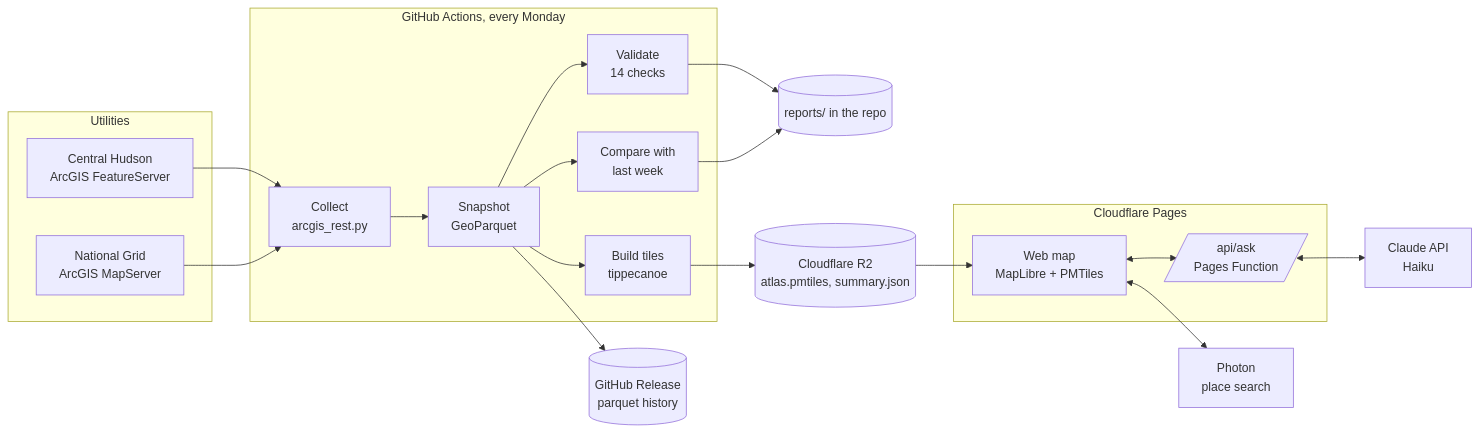
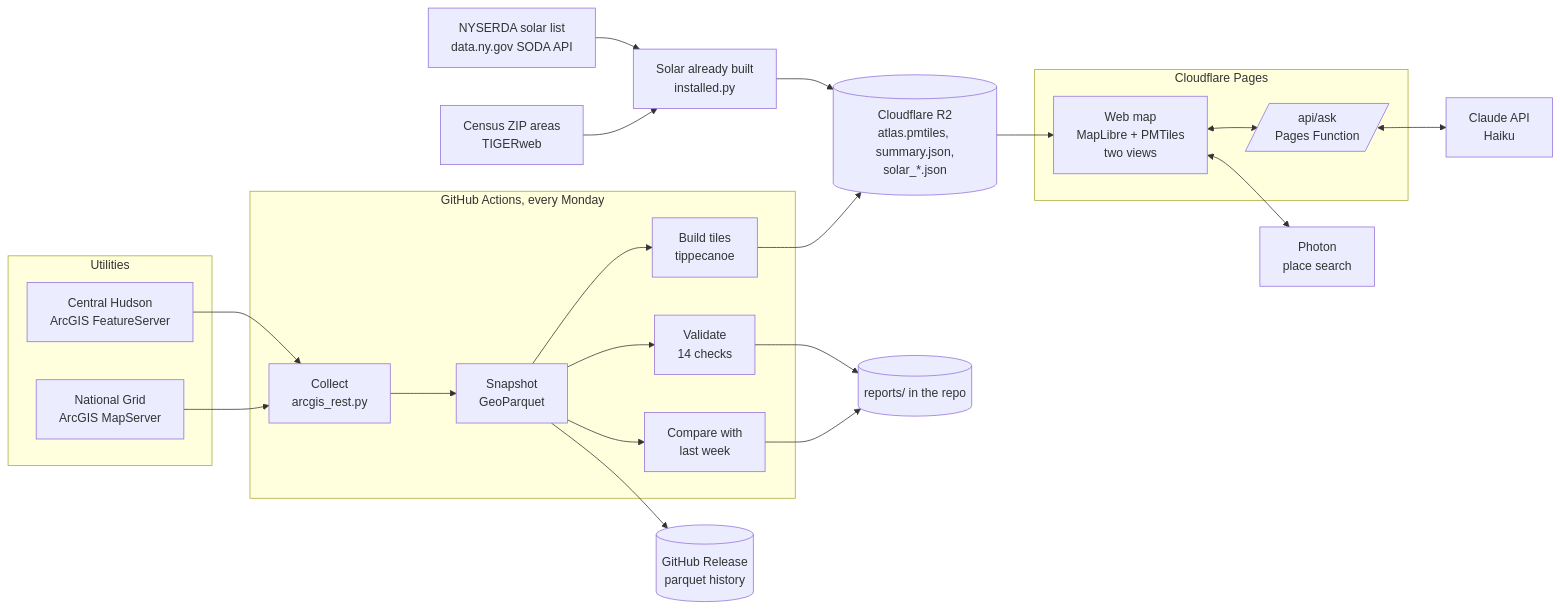
The diagram in docs/architecture.md (SRINIVASRAVIKANTH/capacity-atlas), drawn with Mermaid before and after one commit. The commit also changed other lines of this file and 26 other files, not shown here.

Commit message:
Built so far: solar already connected, by ZIP code and on each feeder's card

````diff
--- a/docs/architecture.md
+++ b/docs/architecture.md
@@ -7,31 +8,34 @@
 ```mermaid
 flowchart LR
     subgraph Utilities
         CH[Central Hudson<br>ArcGIS FeatureServer]
         NG[National Grid<br>ArcGIS MapServer]
     end
 
     subgraph GH[GitHub Actions, every Monday]
         C[Collect<br>arcgis_rest.py] --> S[Snapshot<br>GeoParquet]
         S --> Q[Validate<br>14 checks]
         S --> D[Compare with<br>last week]
         S --> T[Build tiles<br>tippecanoe]
     end
 
+    NY[NYSERDA solar list<br>data.ny.gov SODA API] --> I[Solar already built<br>installed.py]
+    CB[Census ZIP areas<br>TIGERweb] --> I
+    I --> R2
     CH --> C
     NG --> C
     Q --> R[(reports/ in the repo)]
     D --> R
     S --> REL[(GitHub Release<br>parquet history)]
-    T --> R2[(Cloudflare R2<br>atlas.pmtiles, summary.json)]
+    T --> R2[(Cloudflare R2<br>atlas.pmtiles, summary.json,<br>solar_*.json)]
 
     subgraph CF[Cloudflare Pages]
-        W[Web map<br>MapLibre + PMTiles]
+        W[Web map<br>MapLibre + PMTiles<br>two views]
         F[/api/ask<br>Pages Function/]
     end
 
     R2 --> W
     W <--> F
     F <--> AI[Claude API<br>Haiku]
     W <--> P[Photon<br>place search]
 ```
````
